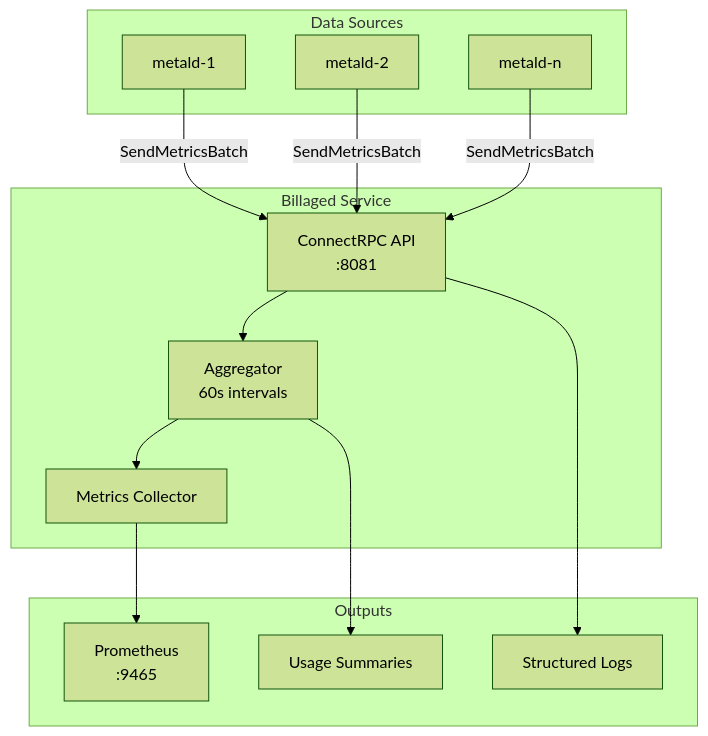
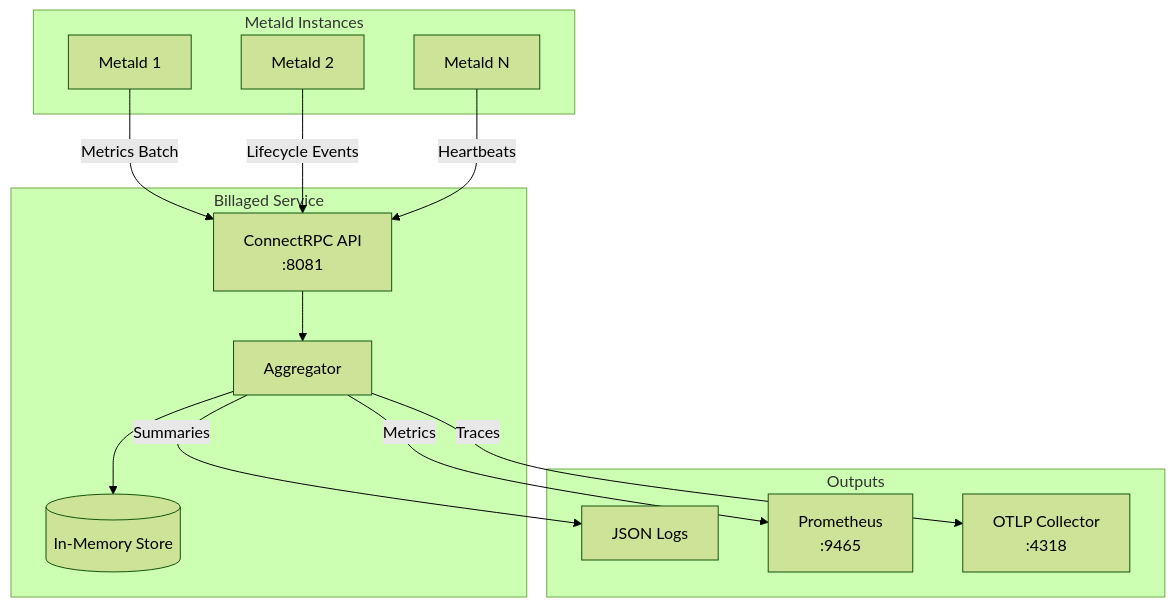
Before and after one commit to unkeyed/unkey: the diagram in go/deploy/billaged/README.md, drawn with Mermaid (forest theme). The commit also changed other lines of this file and 14 other files, not shown here.

````diff
--- a/go/deploy/billaged/README.md
+++ b/go/deploy/billaged/README.md
@@ -73,30 +80,31 @@
 ```mermaid
 graph TB
+    subgraph "Metald Instances"
+        M1[Metald 1]
+        M2[Metald 2]
+        MN[Metald N]
+    end
+    
     subgraph "Billaged Service"
         API[ConnectRPC API<br/>:8081]
-        AGG[Aggregator<br/>60s intervals]
-        METRICS[Metrics Collector]
-    end
-    
-    subgraph "Data Sources"
-        M1[metald-1]
-        M2[metald-2]
-        M3[metald-n]
+        AGG[Aggregator]
+        MEM[(In-Memory Store)]
     end
     
     subgraph "Outputs"
+        LOGS[JSON Logs]
         PROM[Prometheus<br/>:9465]
-        LOGS[Structured Logs]
-        USAGE[Usage Summaries]
+        OTLP[OTLP Collector<br/>:4318]
     end
     
-    M1 -->|SendMetricsBatch| API
-    M2 -->|SendMetricsBatch| API
-    M3 -->|SendMetricsBatch| API
+    M1 -->|Metrics Batch| API
+    M2 -->|Lifecycle Events| API
+    MN -->|Heartbeats| API
     
     API --> AGG
-    AGG --> METRICS
-    AGG --> USAGE
-    METRICS --> PROM
-    API --> LOGS
+    AGG --> MEM
+    
+    AGG -->|Summaries| LOGS
+    AGG -->|Metrics| PROM
+    AGG -->|Traces| OTLP
 ```
````
